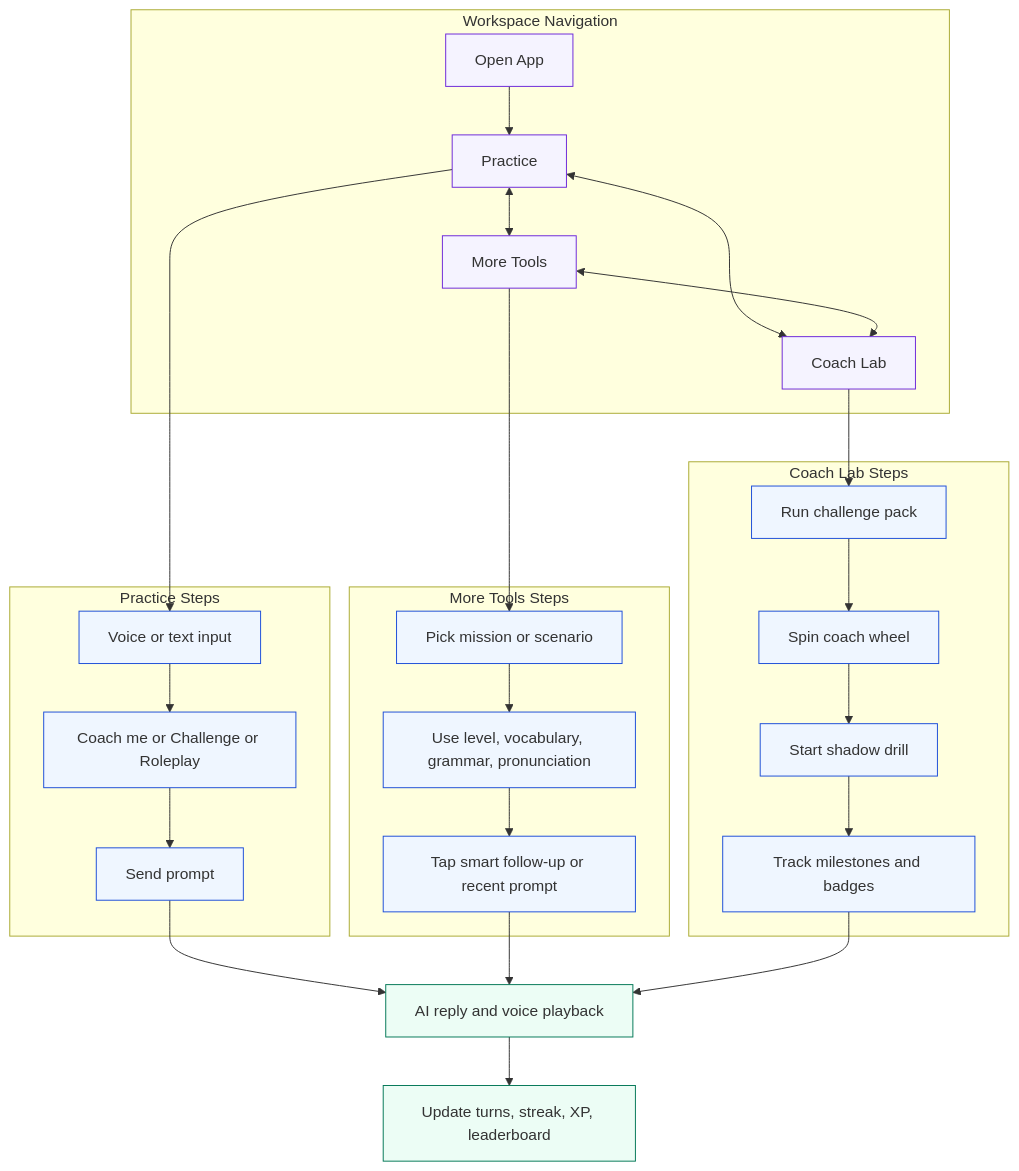
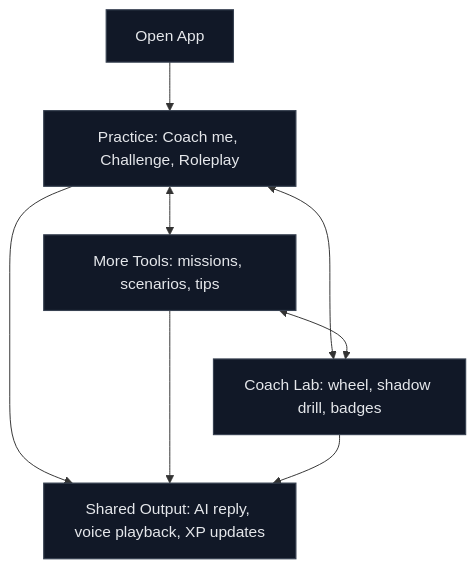
The second of 2 diagrams in README.md (athiq2u/MoonSpeak-AI), drawn with Mermaid before and after one commit. The commit also changed other lines of this file, not shown here.

Commit message:
docs: make diagrams compact dark and render-safe

````diff
--- a/README.md
+++ b/README.md
@@ -380,49 +337,19 @@
 ```mermaid
 flowchart TB
-  subgraph NAV[Workspace Navigation]
-    HOME[Open App]
-    P[Practice]
-    M[More Tools]
-    C[Coach Lab]
-    HOME --> P
-    P <--> M
-    P <--> C
-    M <--> C
-  end
+  N[Open App]
+  P[Practice: Coach me, Challenge, Roleplay]
+  M[More Tools: missions, scenarios, tips]
+  L[Coach Lab: wheel, shadow drill, badges]
+  O[Shared Output: AI reply, voice playback, XP updates]
 
-  subgraph PRACTICE[Practice Steps]
-    P1[Voice or text input]
-    P2[Coach me or Challenge or Roleplay]
-    P3[Send prompt]
-  end
+  N --> P
+  P <--> M
+  P <--> L
+  M <--> L
+  P --> O
+  M --> O
+  L --> O
 
-  subgraph TOOLS[More Tools Steps]
-    M1[Pick mission or scenario]
-    M2[Use level, vocabulary, grammar, pronunciation]
-    M3[Tap smart follow-up or recent prompt]
-  end
-
-  subgraph LAB[Coach Lab Steps]
-    C1[Run challenge pack]
-    C2[Spin coach wheel]
-    C3[Start shadow drill]
-    C4[Track milestones and badges]
-  end
-
-  P --> P1 --> P2 --> P3
-  M --> M1 --> M2 --> M3
-  C --> C1 --> C2 --> C3 --> C4
-
-  P3 --> OUT[AI reply and voice playback]
-  M3 --> OUT
-  C4 --> OUT
-  OUT --> PROG[Update turns, streak, XP, leaderboard]
-
-  classDef nav fill:#F5F3FF,stroke:#6D28D9,stroke-width:1px;
-  classDef action fill:#EFF6FF,stroke:#1D4ED8,stroke-width:1px;
-  classDef outcome fill:#ECFDF5,stroke:#047857,stroke-width:1px;
-
-  class HOME,P,M,C nav;
-  class P1,P2,P3,M1,M2,M3,C1,C2,C3,C4 action;
-  class OUT,PROG outcome;
+  classDef dark fill:#111827,stroke:#374151,color:#E5E7EB,stroke-width:1.2px;
+  class N,P,M,L,O dark;
 ```
````
